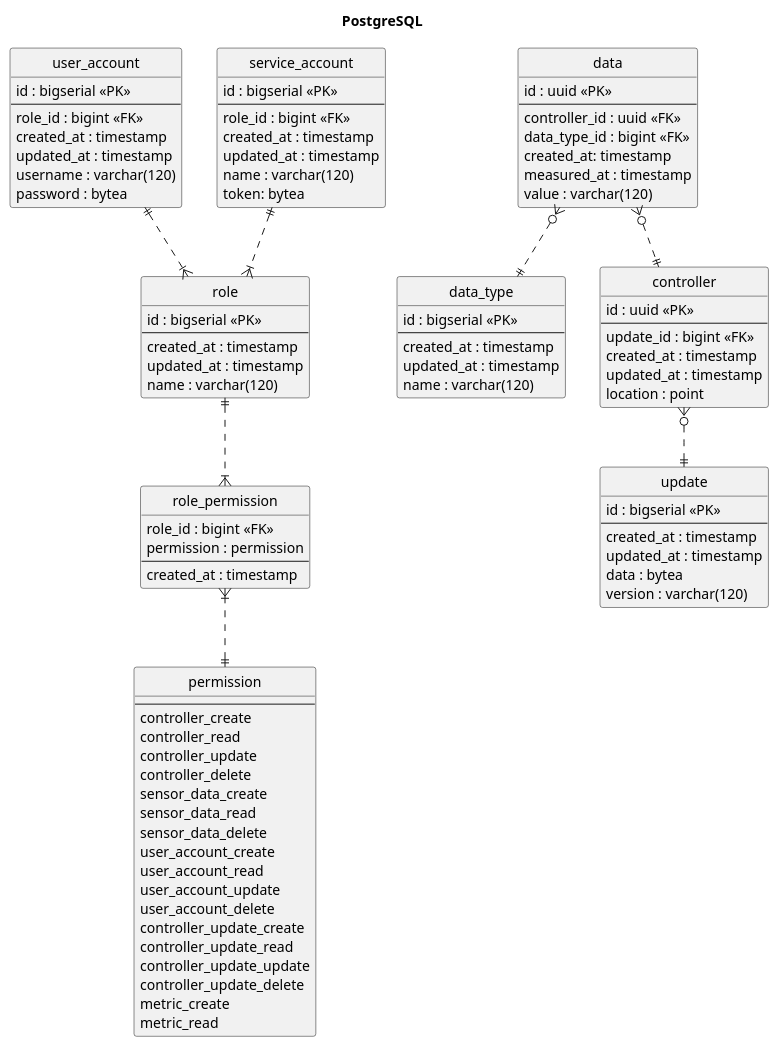
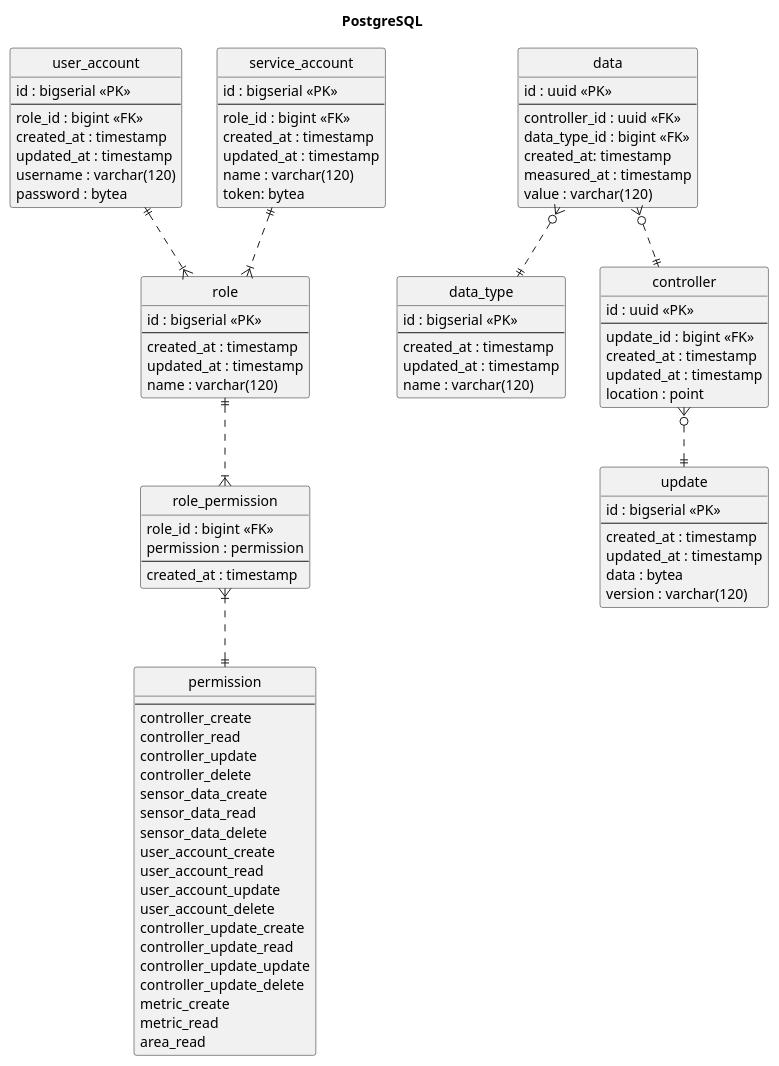
Before and after one commit to mdma-backend/mdma-backend: the diagram in docs/er-diagram-postgres.plantuml, drawn with PlantUML. The commit also changed 10 other files, not shown here.

```diff
--- a/docs/er-diagram-postgres.plantuml
+++ b/docs/er-diagram-postgres.plantuml
@@ -1,105 +1,106 @@
 @startuml PostgreSQL
 title PostgreSQL
 hide circle
 
 entity user_account {
     id : bigserial <<PK>>
     --
     role_id : bigint <<FK>>
     created_at : timestamp
     updated_at : timestamp
     username : varchar(120)
     password : bytea
 }
 
 entity service_account {
     id : bigserial <<PK>>
     --
     role_id : bigint <<FK>>
     created_at : timestamp
     updated_at : timestamp
     name : varchar(120)
     token: bytea
 }
 
 entity role {
     id : bigserial <<PK>>
     --
     created_at : timestamp
     updated_at : timestamp
     name : varchar(120)
 }
 
 entity role_permission {
     role_id : bigint <<FK>>
     permission : permission
     --
     created_at : timestamp
 }
 
 enum permission {
     --
     controller_create
     controller_read
     controller_update
     controller_delete
     sensor_data_create
     sensor_data_read
     sensor_data_delete
     user_account_create
     user_account_read
     user_account_update
     user_account_delete
     controller_update_create
     controller_update_read
     controller_update_update
     controller_update_delete
     metric_create
     metric_read
+    area_read
 }
 
 entity data {
     id : uuid <<PK>>
     --
     controller_id : uuid <<FK>>
     data_type_id : bigint <<FK>>
     created_at: timestamp
     measured_at : timestamp
     value : varchar(120)
 }
 
 entity data_type {
     id : bigserial <<PK>>
     --
     created_at : timestamp
     updated_at : timestamp
     name : varchar(120)
 }
 
 entity controller {
     id : uuid <<PK>>
     --
     update_id : bigint <<FK>>
     created_at : timestamp
     updated_at : timestamp
     location : point
 }
 
 entity update {
     id : bigserial <<PK>>
     --
     created_at : timestamp
     updated_at : timestamp
     data : bytea
     version : varchar(120)
 }
 
 user_account ||..|{ role
 service_account ||..|{ role
 role ||..|{ role_permission
 role_permission }|..|| permission
 data }o..|| data_type
 data }o..|| controller
 controller }o..|| update
 
 @enduml
```
